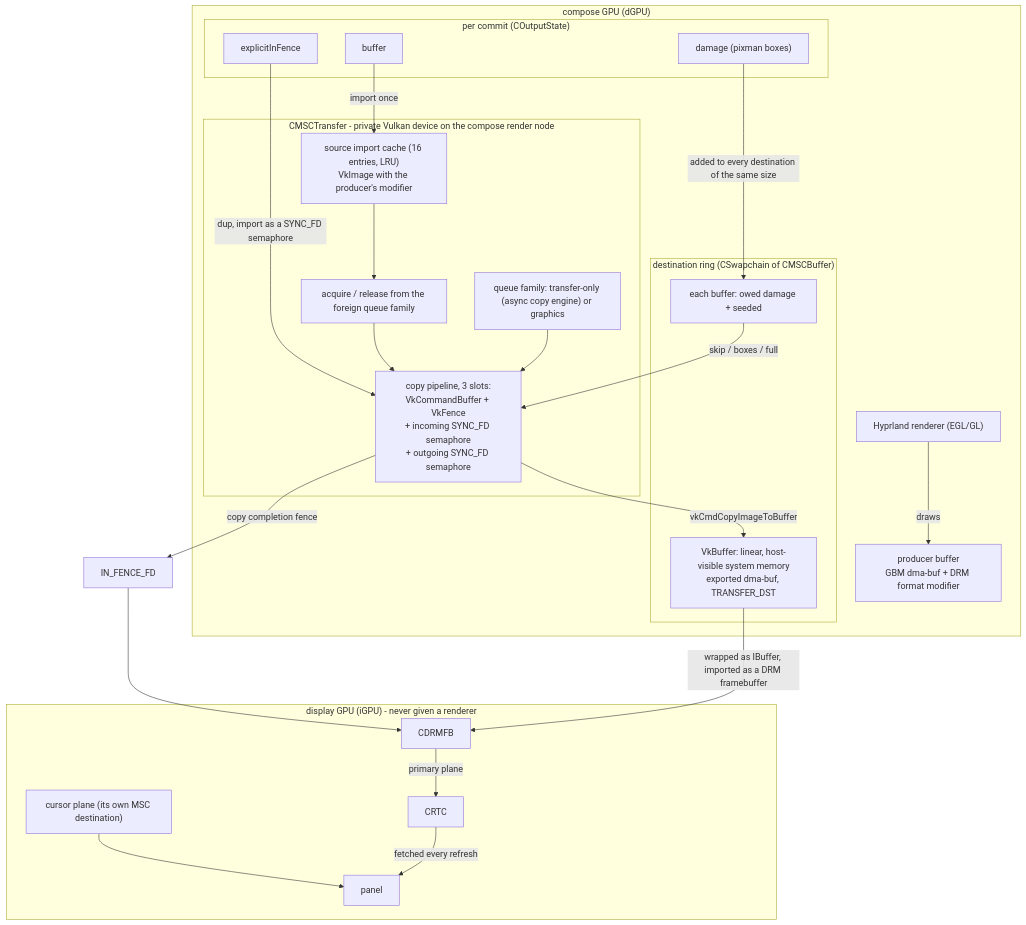
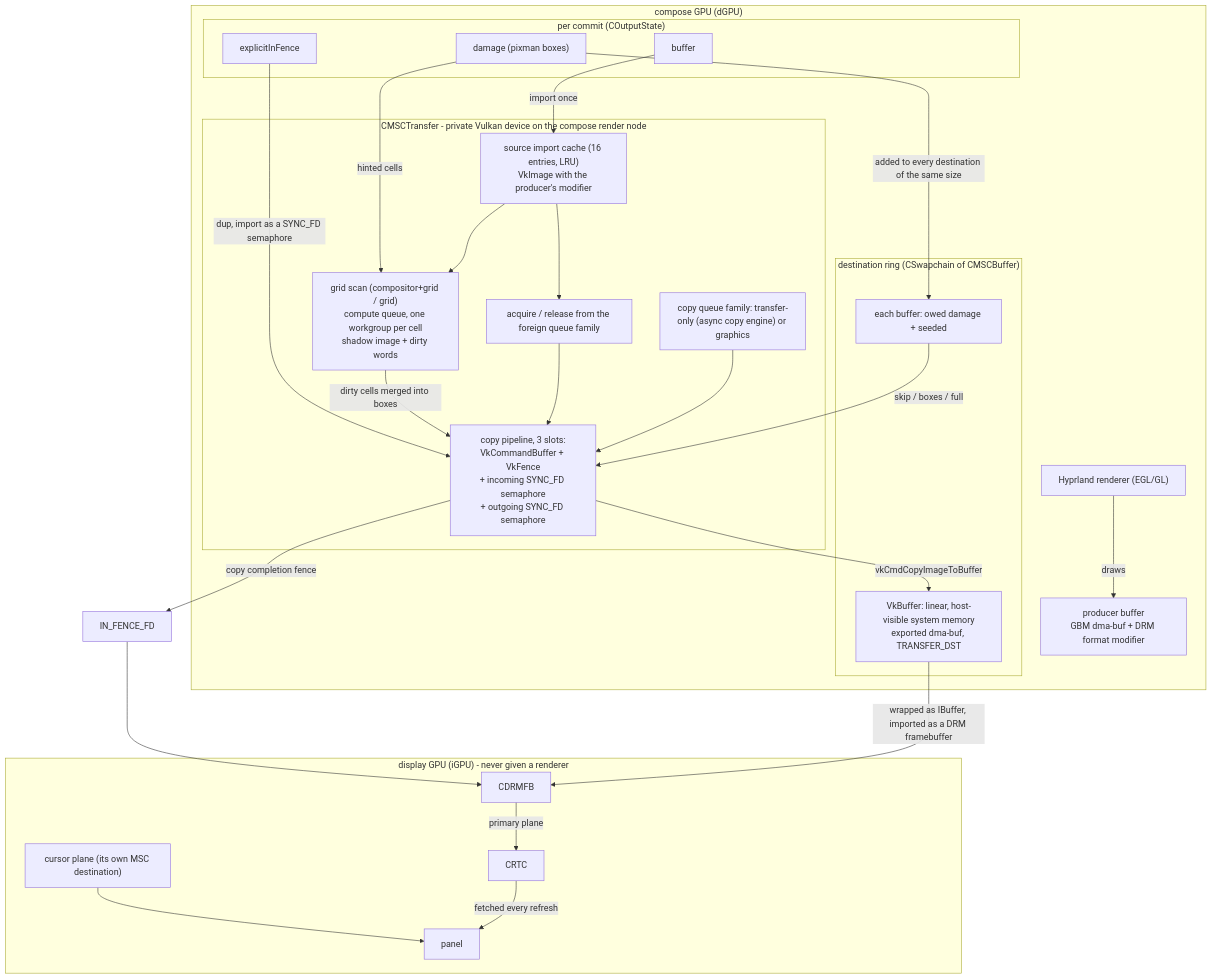
Before and after one commit to noonomyen/hypr-aquamarine-msc: the first of 2 diagrams in PATCHES.md, drawn with Mermaid. The commit also changed other lines of this file and 8 other files, not shown here.

First line of the commit message:
drm: msc: add a grid damage scan

````diff
--- a/PATCHES.md
+++ b/PATCHES.md
@@ -26,38 +26,42 @@
 ```mermaid
 flowchart TB
   subgraph DGPU["compose GPU (dGPU)"]
     R["Hyprland renderer (EGL/GL)"] -->|"draws"| PB["producer buffer<br/>GBM dma-buf + DRM format modifier"]
     subgraph STATE["per commit (COutputState)"]
       BUF["buffer"]
       DMG["damage (pixman boxes)"]
       INF["explicitInFence"]
     end
     subgraph MSC["CMSCTransfer - private Vulkan device on the compose render node"]
       SRC["source import cache (16 entries, LRU)<br/>VkImage with the producer's modifier"]
       FQ["acquire / release from the foreign queue family"]
       SLOT["copy pipeline, 3 slots:<br/>VkCommandBuffer + VkFence<br/>+ incoming SYNC_FD semaphore<br/>+ outgoing SYNC_FD semaphore"]
-      QUEUE["queue family: transfer-only (async copy engine) or graphics"]
+      SCAN["grid scan (compositor+grid / grid)<br/>compute queue, one workgroup per cell<br/>shadow image + dirty words"]
+      QUEUE["copy queue family: transfer-only (async copy engine) or graphics"]
       QUEUE --> SLOT
       SRC --> FQ --> SLOT
+      SRC --> SCAN
+      SCAN -->|"dirty cells merged into boxes"| SLOT
     end
     subgraph RING["destination ring (CSwapchain of CMSCBuffer)"]
       PEND["each buffer: owed damage + seeded"]
       DSTB["VkBuffer: linear, host-visible system memory<br/>exported dma-buf, TRANSFER_DST"]
     end
   end
   BUF -->|"import once"| SRC
   INF -->|"dup, import as a SYNC_FD semaphore"| SLOT
   DMG -->|"added to every destination of the same size"| PEND
+  DMG -->|"hinted cells"| SCAN
   PEND -->|"skip / boxes / full"| SLOT
   SLOT -->|"vkCmdCopyImageToBuffer"| DSTB
   SLOT -->|"copy completion fence"| FIF["IN_FENCE_FD"]
   DSTB -->|"wrapped as IBuffer, imported as a DRM framebuffer"| FB
   subgraph IGPU["display GPU (iGPU) - never given a renderer"]
     FB["CDRMFB"]
     FB -->|"primary plane"| CRTC["CRTC"]
     CRTC -->|"fetched every refresh"| PANEL["panel"]
     CUR["cursor plane (its own MSC destination)"]
     CUR --> PANEL
   end
   FIF --> FB
 ```
````
